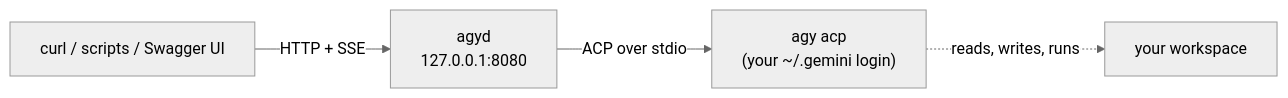
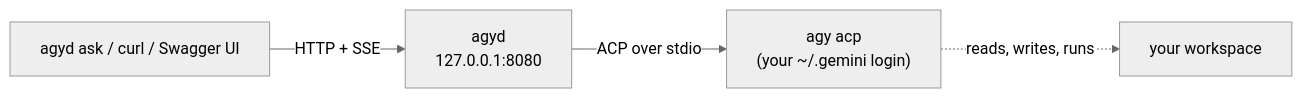
Before and after one commit to kesokaj/agyd: the first of 2 diagrams in README.md, drawn with Mermaid (neutral theme). The commit also changed other lines of this file and 19 other files, not shown here.

````diff
--- a/README.md
+++ b/README.md
@@ -5,6 +5,6 @@
 ```mermaid
 flowchart LR
-  You["curl / scripts / Swagger UI"] -->|"HTTP + SSE"| agyd["agyd<br/>127.0.0.1:8080"]
+  You["agyd ask / curl / Swagger UI"] -->|"HTTP + SSE"| agyd["agyd<br/>127.0.0.1:8080"]
   agyd -->|"ACP over stdio"| agy["agy acp<br/>(your ~/.gemini login)"]
   agy -.->|"reads, writes, runs"| WS["your workspace"]
 ```
````
